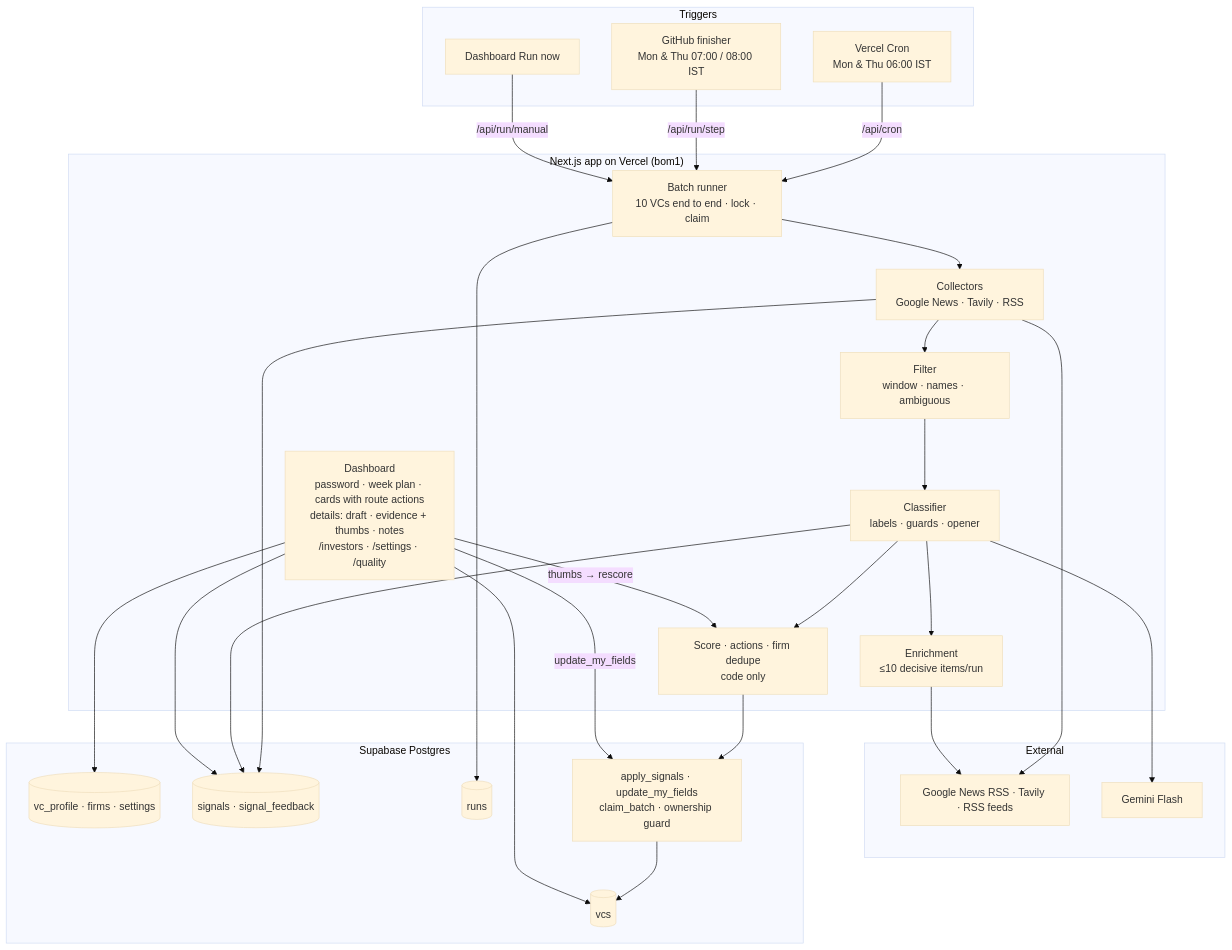
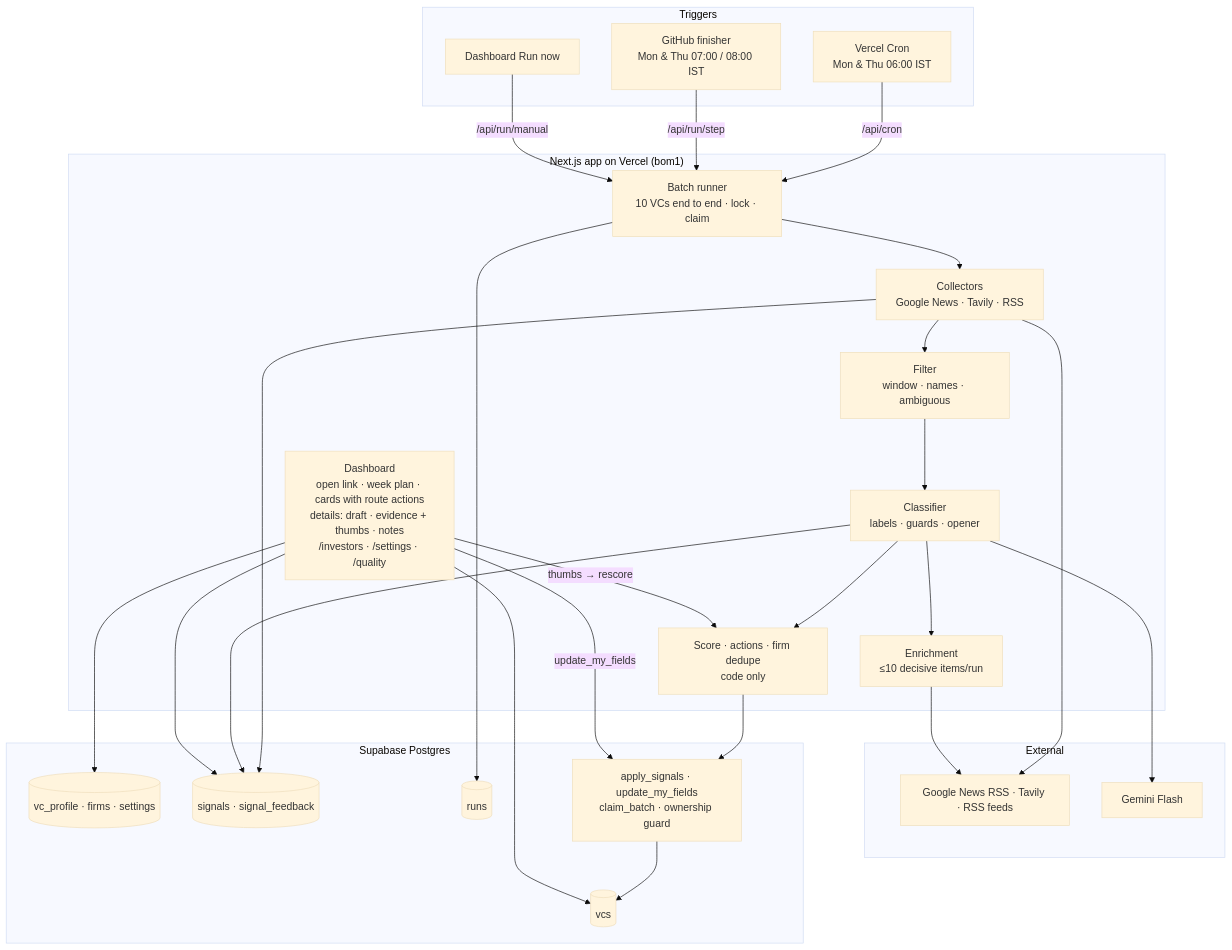
One commit to utkarshmesa/DashboardVC changed the diagram in README.md. Above: the diagram before and after it, drawn with Mermaid (base theme). The commit also changed other lines of this file and 25 other files, not shown here.

First line of the commit message:
Remove the dashboard password; link names to LinkedIn and firm sites

````diff
--- a/README.md
+++ b/README.md
@@ -104,41 +103,41 @@
 ```mermaid
 flowchart TB
   subgraph Triggers
     CRON[Vercel Cron<br/>Mon & Thu 06:00 IST]
     GH[GitHub finisher<br/>Mon & Thu 07:00 / 08:00 IST]
     RUNNOW[Dashboard Run now]
   end
   subgraph Vercel["Next.js app on Vercel (bom1)"]
-    DASH[Dashboard<br/>password · week plan · cards with route actions<br/>details: draft · evidence + thumbs · notes<br/>/investors · /settings · /quality]
+    DASH[Dashboard<br/>open link · week plan · cards with route actions<br/>details: draft · evidence + thumbs · notes<br/>/investors · /settings · /quality]
     RUN[Batch runner<br/>10 VCs end to end · lock · claim]
     COL[Collectors<br/>Google News · Tavily · RSS] --> FIL[Filter<br/>window · names · ambiguous] --> CLS[Classifier<br/>labels · guards · opener] --> SCO[Score · actions · firm dedupe<br/>code only]
     ENR[Enrichment<br/>≤10 decisive items/run]
   end
   subgraph External
     SRC[Google News RSS · Tavily · RSS feeds]
     GEM[Gemini Flash]
   end
   subgraph Supabase["Supabase Postgres"]
     VCS[(vcs)]
     PRO[(vc_profile · firms · settings)]
     SIG[(signals · signal_feedback)]
     RUNS[(runs)]
     RPC[apply_signals · update_my_fields<br/>claim_batch · ownership guard]
   end
   CRON -->|/api/cron| RUN
   GH -->|/api/run/step| RUN
   RUNNOW -->|/api/run/manual| RUN
   RUN --> COL
   COL --> SRC
   CLS --> GEM
   CLS --> ENR --> SRC
   COL --> SIG
   CLS --> SIG
   RUN --> RUNS
   SCO --> RPC --> VCS
   DASH -->|update_my_fields| RPC
   DASH -->|thumbs → rescore| SCO
   DASH --> VCS
   DASH --> SIG
   DASH --> PRO
 ```
````
